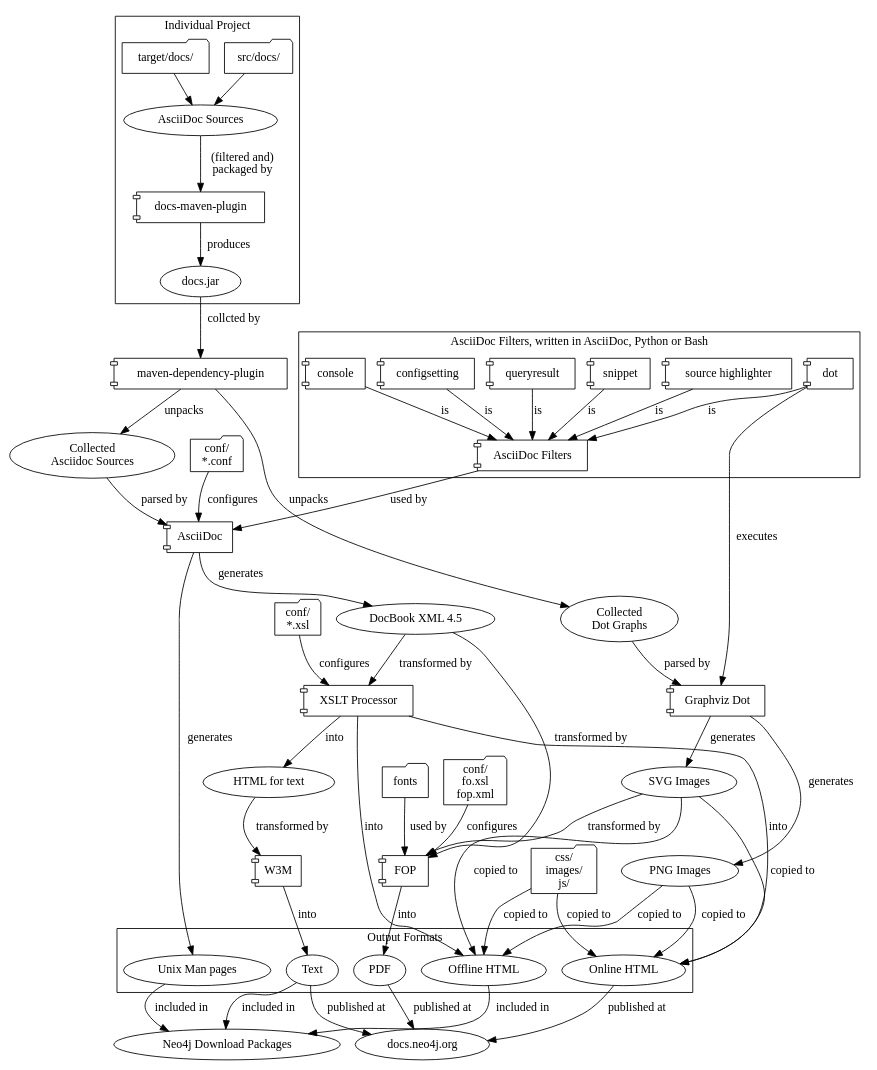
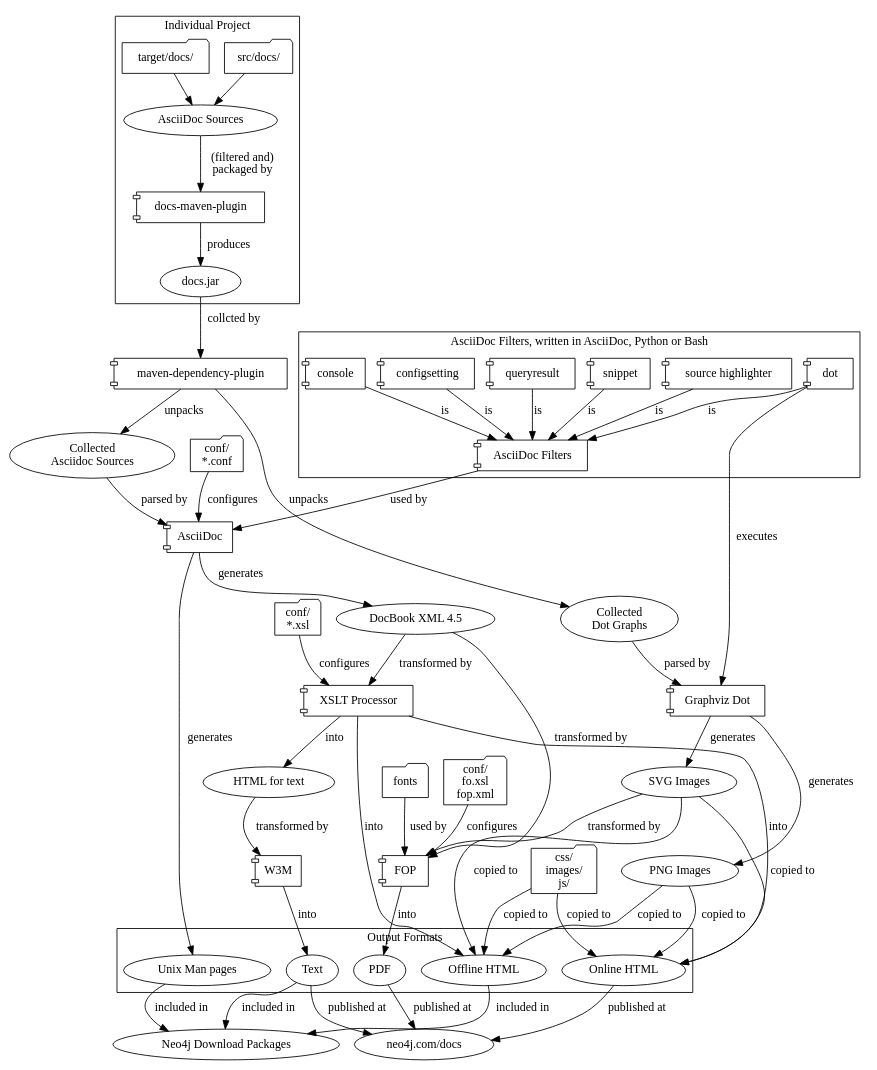
Before and after one commit to neo4j/neo4j: the diagram in manual/docs/toolchain.dot, drawn with Graphviz. The commit also changed 44 other files, not shown here.

Commit message:
Update references to docs.neo4j.org to point to neo4j.com/docs.

```diff
--- a/manual/docs/toolchain.dot
+++ b/manual/docs/toolchain.dot
@@ -1,93 +1,93 @@
 digraph toolchain {
   subgraph clusterA {
     label="Individual Project"
     "srcdocs" [label="src/docs/" shape="folder"]
     "targetdocs" [label="target/docs/" shape="folder"]
     "sources" [label="AsciiDoc Sources"]
     "plugin"  [label="docs-maven-plugin" shape="component"]
     "jar"     [label="docs.jar"]
   }
   subgraph clusterB {
     label="AsciiDoc Filters, written in AsciiDoc, Python or Bash"
     "afilt"   [label="AsciiDoc Filters" shape="component"]
     "dot"     [shape="component"]
     "snippet" [shape="component"]
     "queryresult" [shape="component"]
     "configsetting" [shape="component"]
     "console" [shape="component"]
     "srcfilt" [label="source highlighter" shape="component"]
   }
   subgraph clusterC {
     label="Output Formats"
     "pdf"      [label="PDF"]
     "text"     [label="Text"]
     "offline"  [label="Offline HTML"]
     "online"   [label="Online HTML"]
     "man"      [label="Unix Man pages"]
   }
   "coll"    [label="Collected \nAsciidoc Sources"]
   "mvndep"   [label="maven-dependency-plugin" shape="component"]
   "asciidoc" [label="AsciiDoc" shape="component"]
   "docbook"  [label="DocBook XML 4.5"]
   "install"  [label="Neo4j Download Packages"]
-  "docsneo"  [label="docs.neo4j.org"]
+  "docsneo"  [label="neo4j.com/docs"]
   "img"      [label="Collected \nDot Graphs"]
   "graphviz" [label="Graphviz Dot" shape="component"]
   "svg"      [label="SVG Images"]
   "png"      [label="PNG Images"]
   "fop"      [label="FOP" shape="component"]
   "xsltp"    [label="XSLT Processor" shape="component"]
   "texthtml" [label="HTML for text"]
   "w3m"      [label="W3M" shape="component"]
   "asciidoc.conf" [label="conf/\n *.conf" shape="folder"]
   "fo.conf"  [label="conf/\n fo.xsl\n fop.xml" shape="folder"]
   "xsl.conf" [label="conf/\n *.xsl" shape="folder"]
   "web"      [label="css/\n images/\n js/" shape="folder"]
   "fonts"    [label="fonts" shape="folder"]
   "srcdocs" -> "sources"
   "targetdocs" -> "sources"
   "sources" -> "plugin" [label="(filtered and) \npackaged by"]
   "plugin"  -> "jar"    [label="produces"]
   "jar"     -> "mvndep" [label="collcted by"]
   "mvndep"  -> "coll"   [label="unpacks"]
   "mvndep"  -> "img"   [label="unpacks"]
   "dot"     -> "afilt"  [label="is"]
   "snippet" -> "afilt"  [label="is"]
   "queryresult" -> "afilt" [label="is"]
   "configsetting" -> "afilt" [label="is"]
   "console" -> "afilt"  [label="is"]
   "srcfilt" -> "afilt"  [label="is"]
   "coll"    -> "asciidoc"  [label="parsed by"]
   "afilt" -> "asciidoc" [label="used by"]
   "asciidoc.conf"->"asciidoc"[label="configures"]
   "asciidoc" -> "docbook" [label="generates"]
   "asciidoc" -> "man"   [label="generates"]
   "img"     -> "graphviz" [label="parsed by"]
   "graphviz" -> "svg"   [label="generates"]
   "graphviz" -> "png"   [label="generates"]
   "dot" -> "graphviz" [label="executes"]
   "docbook" -> "fop" [label="transformed by"]
   "svg" -> "fop" [label="transformed by"]
   "fo.conf" -> "fop" [label="configures"]
   "fop" -> "pdf" [label="into"]
   "fonts" -> "fop" [label="used by"]
   "docbook" -> "xsltp" [label="transformed by"]
   "xsltp" -> "offline" [label="into"]
   "xsltp" -> "online" [label="into"]
   "xsltp" -> "texthtml" [label="into"]
   "texthtml" -> "w3m" [label="transformed by"]
   "w3m" -> "text" [label="into"]
   "xsl.conf" -> "xsltp" [label="configures"]
   "svg" -> "offline" [label="copied to"]
   "svg" -> "online" [label="copied to"]
   "png" -> "offline" [label="copied to"]
   "png" -> "online" [label="copied to"]
   "web" -> "offline" [label="copied to"]
   "web" -> "online" [label="copied to"]
   "man" -> "install" [label="included in"]
   "offline" -> "install" [label="included in"]
   "text" -> "install" [label="included in"]
   "online" -> "docsneo" [label="published at"]
   "pdf" -> "docsneo" [label="published at"]
   "text" -> "docsneo" [label="published at"]
 }
```
